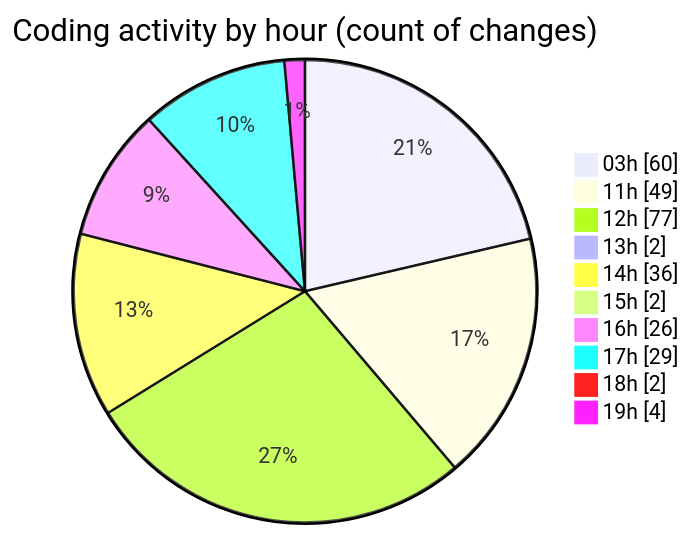
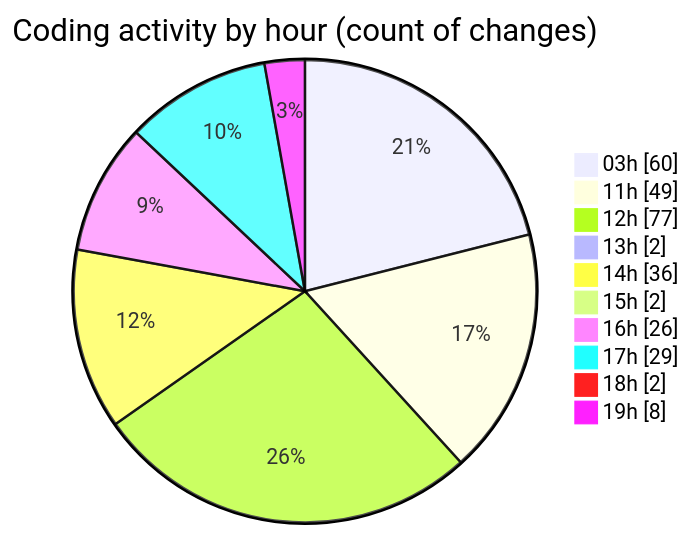
The second of 2 diagrams in 2025-07-02/mern-thinkboard/README.md (Ritupan-Deka/code-tracking), drawn with Mermaid before and after one commit. The commit also changed other lines of this file and 1 other file, not shown here.

````diff
--- a/2025-07-02/mern-thinkboard/README.md
+++ b/2025-07-02/mern-thinkboard/README.md
@@ -41,14 +41,14 @@
 ```mermaid
 pie showData
 title Coding activity by hour (count of changes)
 "03h" : 60
 "11h" : 49
 "12h" : 77
 "13h" : 2
 "14h" : 36
 "15h" : 2
 "16h" : 26
 "17h" : 29
 "18h" : 2
-"19h" : 4
+"19h" : 8
 ```
````
